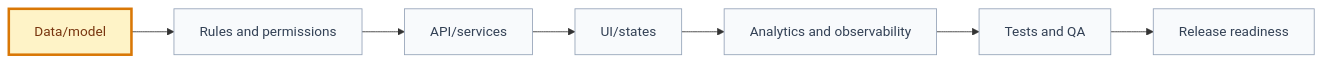
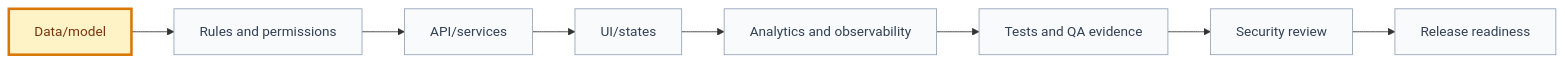
Before and after one commit to JonatasFreireDev/spec-framework: the diagram in knowledge/templates/implementation-plan-template.md, drawn with Mermaid. The commit also changed other lines of this file and 20 other files, not shown here.

Commit message:
Add QA evidence and security review gates

````diff
--- a/knowledge/templates/implementation-plan-template.md
+++ b/knowledge/templates/implementation-plan-template.md
@@ -47,17 +49,18 @@
 ```mermaid
 flowchart LR
   A["Data/model"] --> B["Rules and permissions"]
   B --> C["API/services"]
   C --> D["UI/states"]
   D --> E["Analytics and observability"]
-  E --> F["Tests and QA"]
-  F --> G["Release readiness"]
+  E --> F["Tests and QA evidence"]
+  F --> G["Security review"]
+  G --> H["Release readiness"]
 
   classDef done fill:#dcfce7,stroke:#16a34a,color:#14532d;
   classDef current fill:#fef3c7,stroke:#d97706,color:#78350f,stroke-width:3px;
   classDef pending fill:#f8fafc,stroke:#94a3b8,color:#334155;
   classDef blocked fill:#fee2e2,stroke:#dc2626,color:#7f1d1d;
 
   class A current;
-  class B,C,D,E,F,G pending;
+  class B,C,D,E,F,G,H pending;
 ```
````
